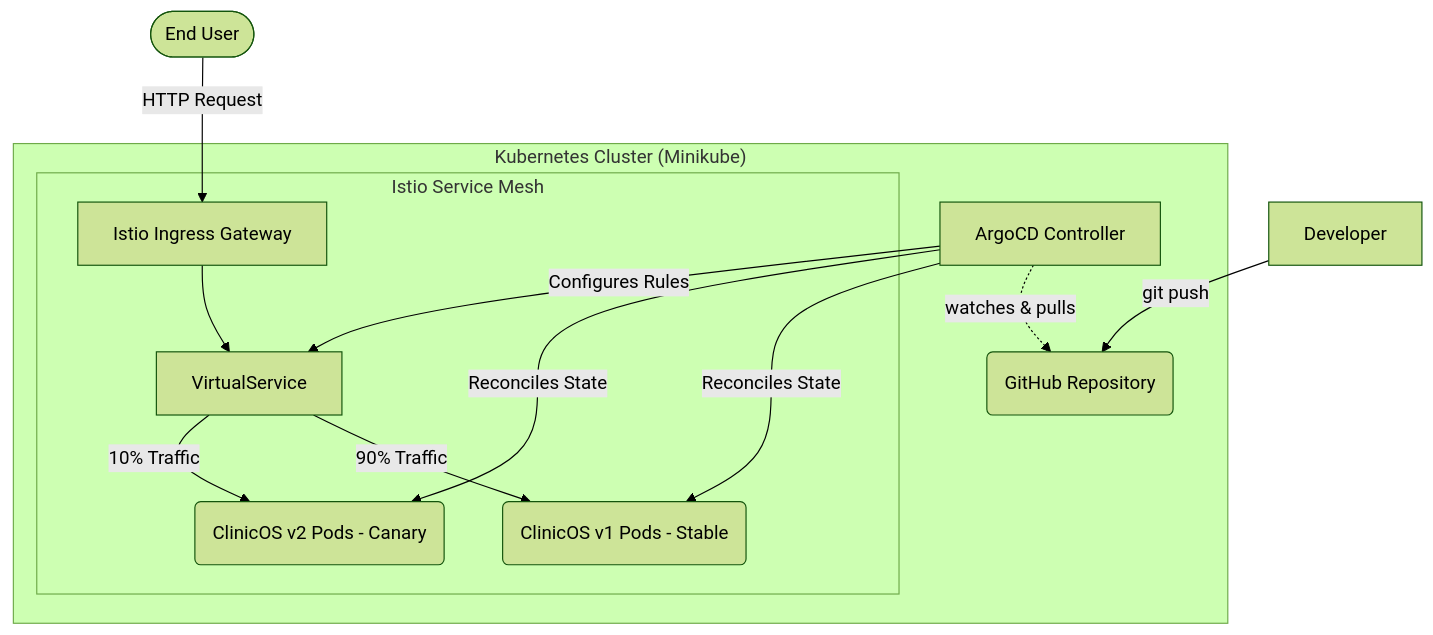
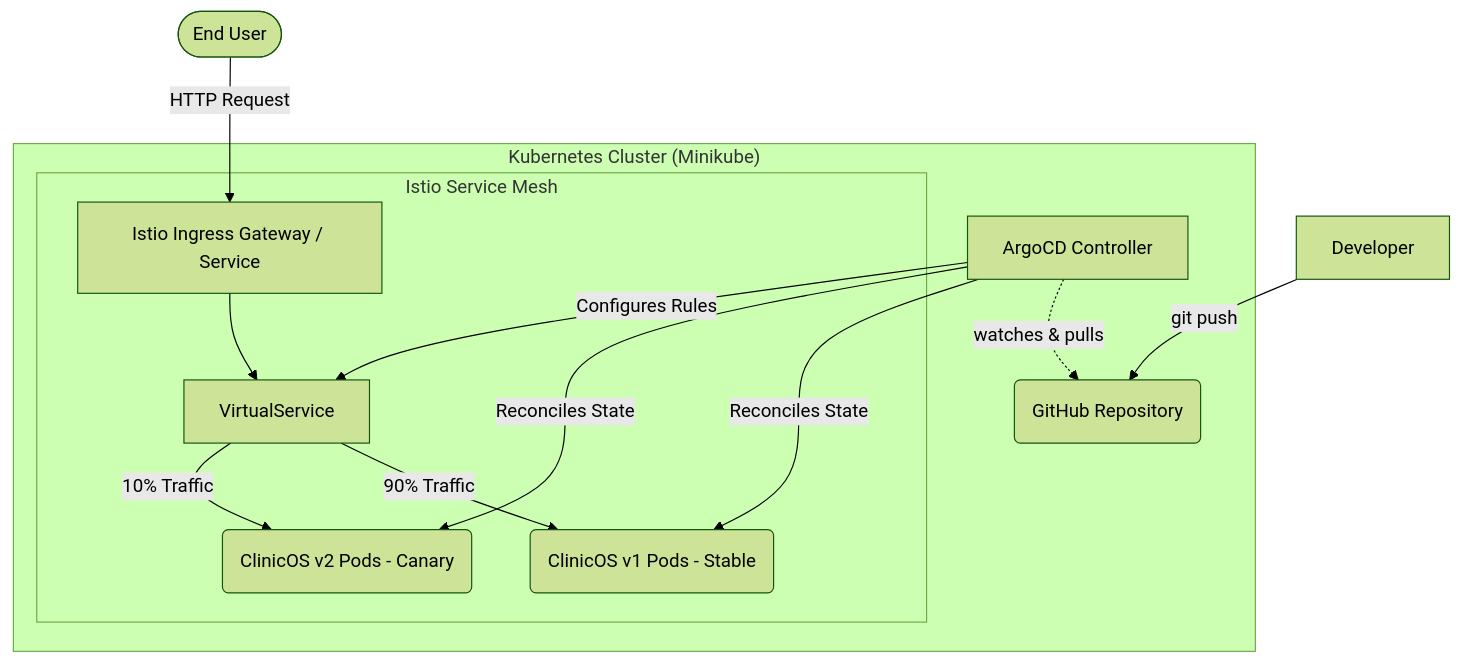
One commit to Indra1806/gitops-canary-pipeline changed the diagram in README.md. Above: the diagram before and after it, drawn with Mermaid (forest theme). The commit also changed other lines of this file and 1 other file, not shown here.

````diff
--- a/README.md
+++ b/README.md
@@ -19,24 +17,24 @@
 ```mermaid
 graph TD
     A[Developer] -->|git push| B(GitHub Repository)
     
     subgraph "Kubernetes Cluster (Minikube)"
         C[ArgoCD Controller] -.->|watches & pulls| B
         
         subgraph "Istio Service Mesh"
-            D[Istio Ingress Gateway]
+            D[Istio Ingress Gateway / Service]
             E[VirtualService]
             
             D --> E
             E -->|90% Traffic| F(ClinicOS v1 Pods - Stable)
             E -->|10% Traffic| G(ClinicOS v2 Pods - Canary)
         end
         
         C -->|Reconciles State| F
         C -->|Reconciles State| G
         C -->|Configures Rules| E
     end
     
     User([End User]) -->|HTTP Request| D
 
 ```
````
